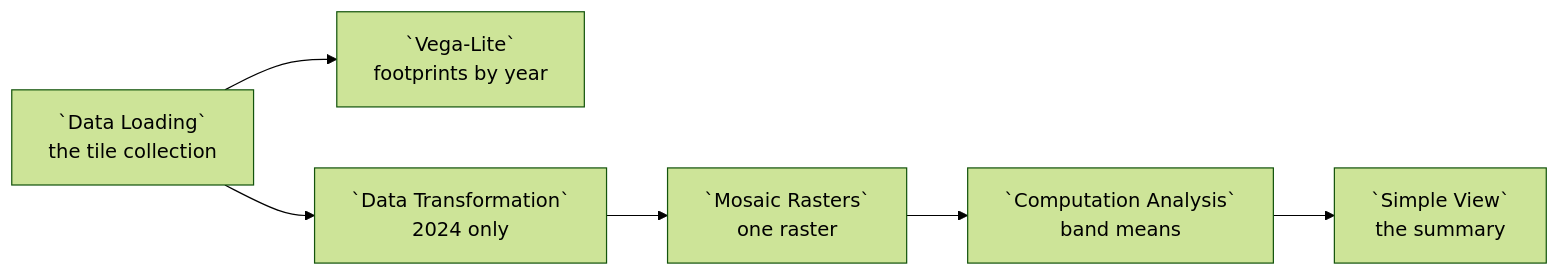
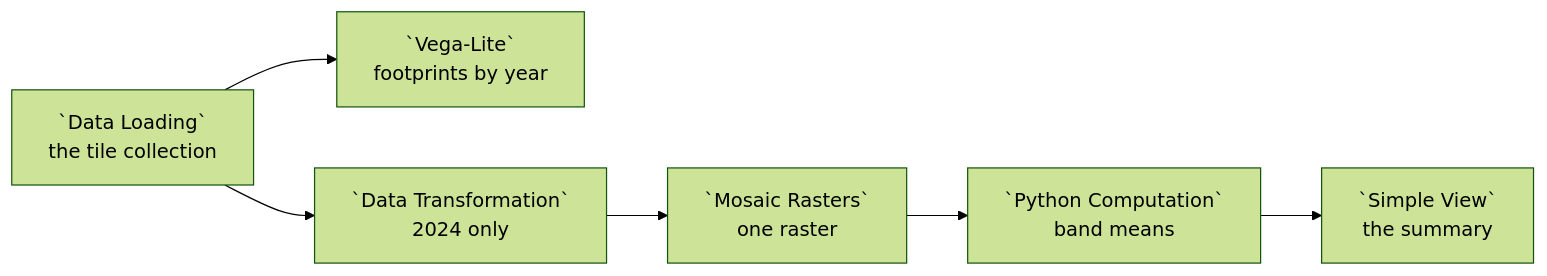
One commit to urban-toolkit/curio changed the diagram in docs/examples/17-storage-orthorectified-imagery.md. Above: the diagram before and after it, drawn with Mermaid (forest theme). The commit also changed other lines of this file and 18 other files, not shown here.

````diff
--- a/docs/examples/17-storage-orthorectified-imagery.md
+++ b/docs/examples/17-storage-orthorectified-imagery.md
@@ -26,8 +26,8 @@
 ```mermaid
 flowchart LR
   L[`Data Loading`<br/>the tile collection] --> M[`Vega-Lite`<br/>footprints by year]
   L --> F[`Data Transformation`<br/>2024 only]
   F --> X[`Mosaic Rasters`<br/>one raster]
-  X --> B[`Computation Analysis`<br/>band means]
+  X --> B[`Python Computation`<br/>band means]
   B --> V[`Simple View`<br/>the summary]
 ```
````
